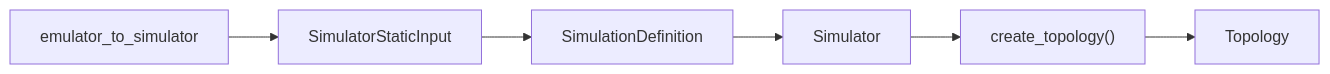
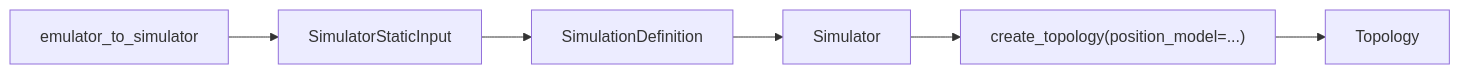
One commit to seed-labs/skyseed changed the second of 3 diagrams in skyseed_v2/src/skyseed_v2/simulator/input/README.md. Above: the diagram before and after it, drawn with Mermaid. The commit also changed other lines of this file and 94 other files, not shown here.

````diff
--- a/skyseed_v2/src/skyseed_v2/simulator/input/README.md
+++ b/skyseed_v2/src/skyseed_v2/simulator/input/README.md
@@ -24,8 +25,8 @@
 ```mermaid
 flowchart LR
     BRIDGE["emulator_to_simulator"] --> INPUT["SimulatorStaticInput"]
     INPUT --> DEFINITION["SimulationDefinition"]
     DEFINITION --> SIMULATOR["Simulator"]
-    SIMULATOR --> CREATE["create_topology()"]
+    SIMULATOR --> CREATE["create_topology(position_model=...)"]
     CREATE --> TOPOLOGY["Topology"]
 ```
````
